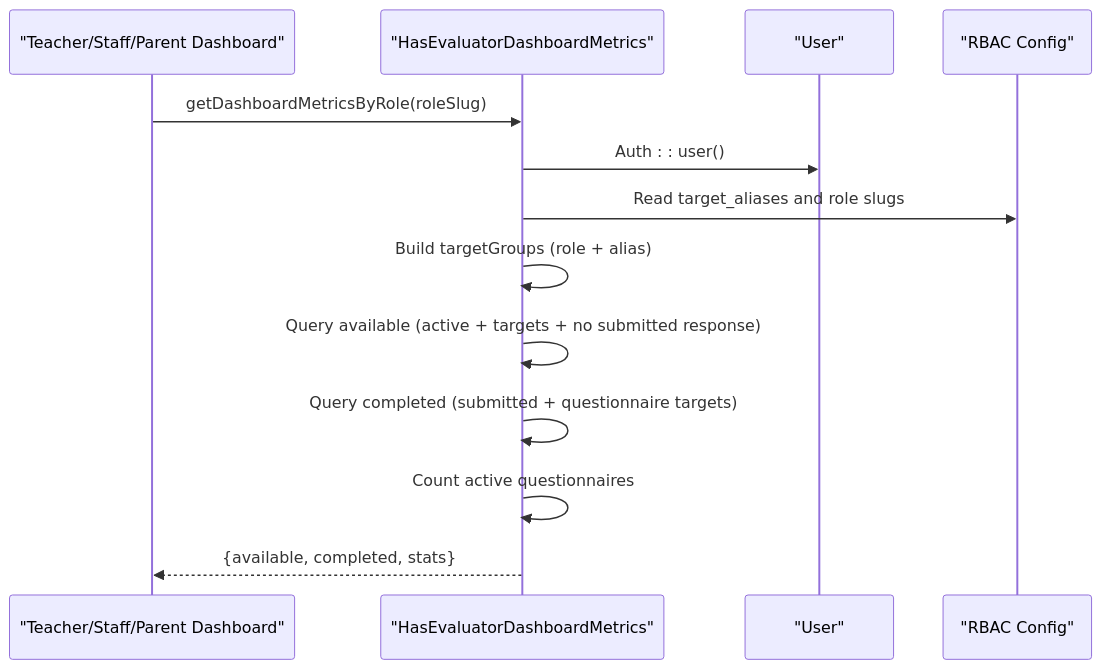
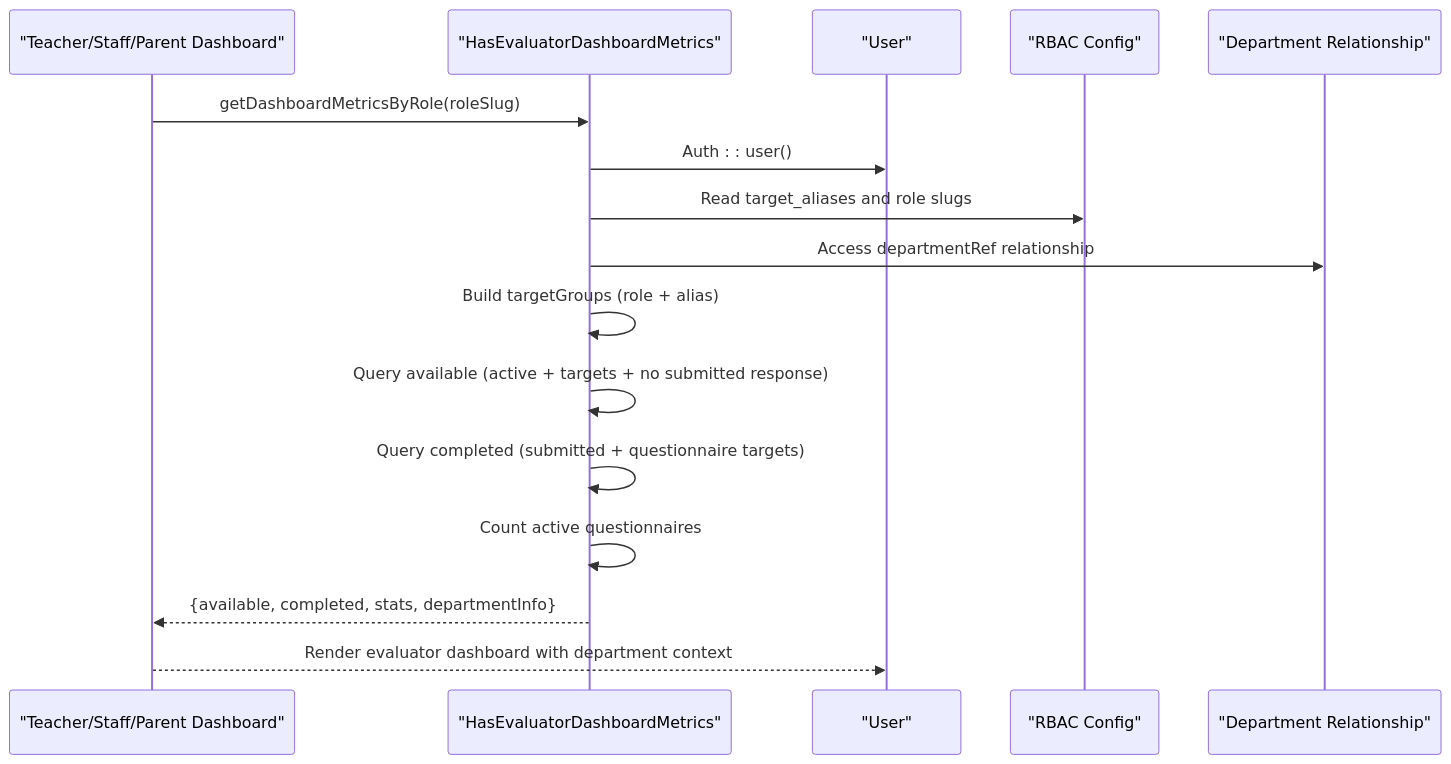
Before and after one commit to rudicatsmile/assesment360: the fourth of 6 diagrams in .qoder/repowiki/en/content/Core Features/User Dashboard Systems/User Dashboard Systems.md, drawn with Mermaid. The commit also changed other lines of this file and 6 other files, not shown here.

````diff
--- a/.qoder/repowiki/en/content/Core Features/User Dashboard Systems/User Dashboard Systems.md
+++ b/.qoder/repowiki/en/content/Core Features/User Dashboard Systems/User Dashboard Systems.md
@@ -205,15 +227,18 @@
 ```mermaid
 sequenceDiagram
 participant C as "Teacher/Staff/Parent Dashboard"
 participant T as "HasEvaluatorDashboardMetrics"
 participant U as "User"
 participant CFG as "RBAC Config"
+participant DEPT as "Department Relationship"
 C->>T : getDashboardMetricsByRole(roleSlug)
 T->>U : Auth : : user()
 T->>CFG : Read target_aliases and role slugs
+T->>DEPT : Access departmentRef relationship
 T->>T : Build targetGroups (role + alias)
 T->>T : Query available (active + targets + no submitted response)
 T->>T : Query completed (submitted + questionnaire targets)
 T->>T : Count active questionnaires
-T-->>C : {available, completed, stats}
+T-->>C : {available, completed, stats, departmentInfo}
+C-->>U : Render evaluator dashboard with department context
 ```
````
